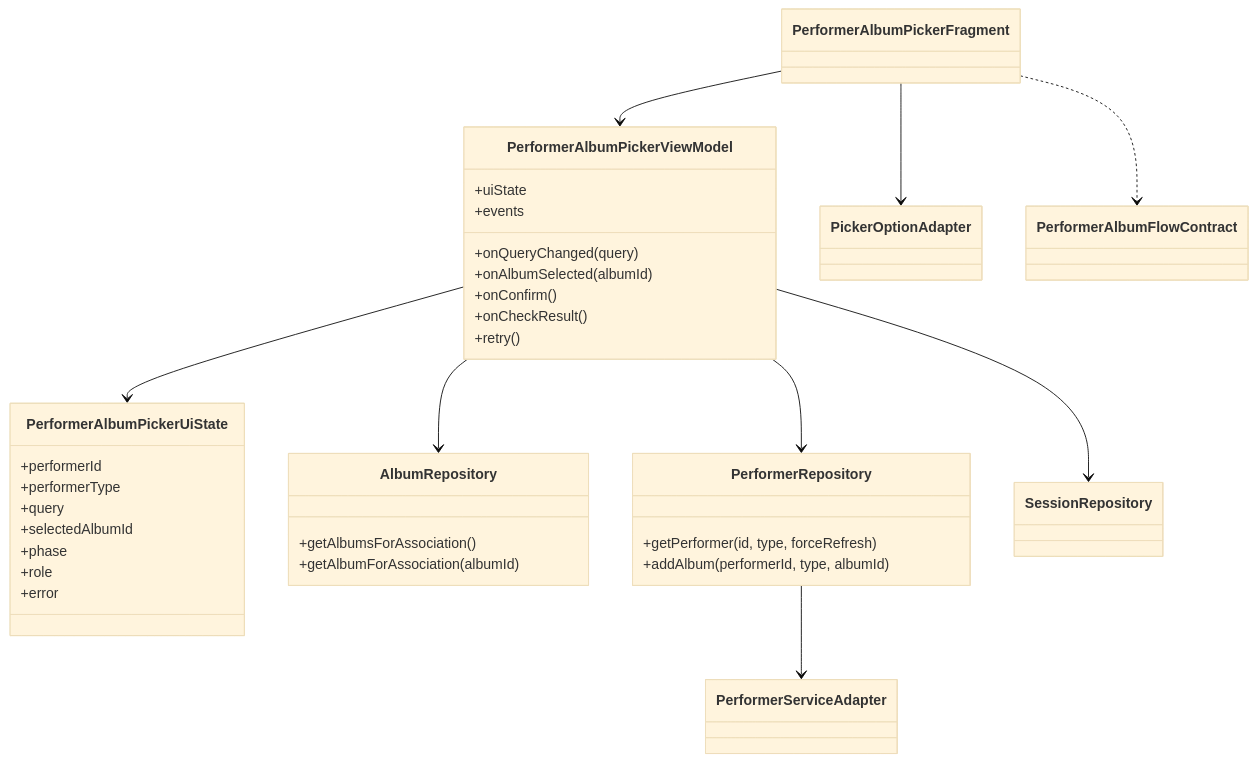
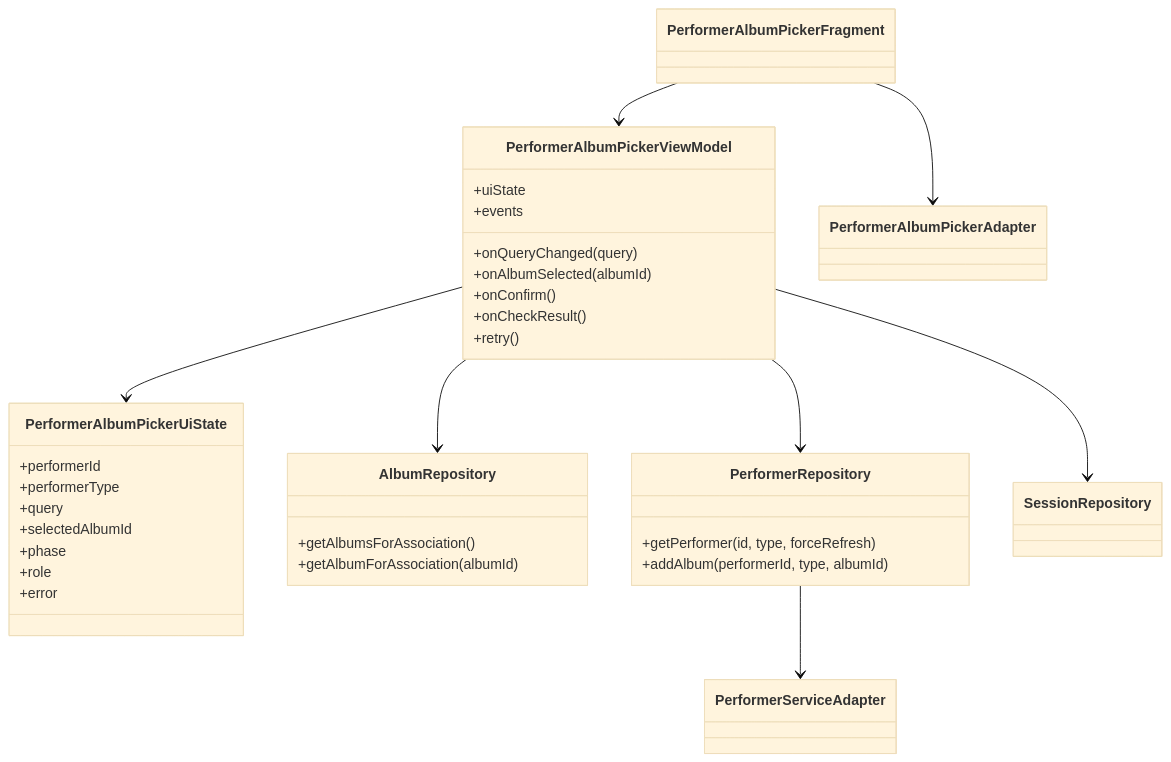
The second of 4 diagrams in docs/15-hu15-diseno-tecnico.md (misw-is-aplicaciones-moviles/MobileVynils), drawn with Mermaid (base theme) before and after one commit. The commit also changed other lines of this file and 20 other files, not shown here.

````diff
--- a/docs/15-hu15-diseno-tecnico.md
+++ b/docs/15-hu15-diseno-tecnico.md
@@ -148,42 +148,40 @@
 ```mermaid
 classDiagram
     class PerformerAlbumPickerFragment
     class PerformerAlbumPickerViewModel {
         +uiState
         +events
         +onQueryChanged(query)
         +onAlbumSelected(albumId)
         +onConfirm()
         +onCheckResult()
         +retry()
     }
     class PerformerAlbumPickerUiState {
         +performerId
         +performerType
         +query
         +selectedAlbumId
         +phase
         +role
         +error
     }
-    class PickerOptionAdapter
+    class PerformerAlbumPickerAdapter
     class AlbumRepository {
         +getAlbumsForAssociation()
         +getAlbumForAssociation(albumId)
     }
     class PerformerRepository {
         +getPerformer(id, type, forceRefresh)
         +addAlbum(performerId, type, albumId)
     }
     class PerformerServiceAdapter
     class SessionRepository
-    class PerformerAlbumFlowContract
     PerformerAlbumPickerFragment --> PerformerAlbumPickerViewModel
-    PerformerAlbumPickerFragment --> PickerOptionAdapter
-    PerformerAlbumPickerFragment ..> PerformerAlbumFlowContract
+    PerformerAlbumPickerFragment --> PerformerAlbumPickerAdapter
     PerformerAlbumPickerViewModel --> PerformerAlbumPickerUiState
     PerformerAlbumPickerViewModel --> AlbumRepository
     PerformerAlbumPickerViewModel --> PerformerRepository
     PerformerAlbumPickerViewModel --> SessionRepository
     PerformerRepository --> PerformerServiceAdapter
 ```
````
